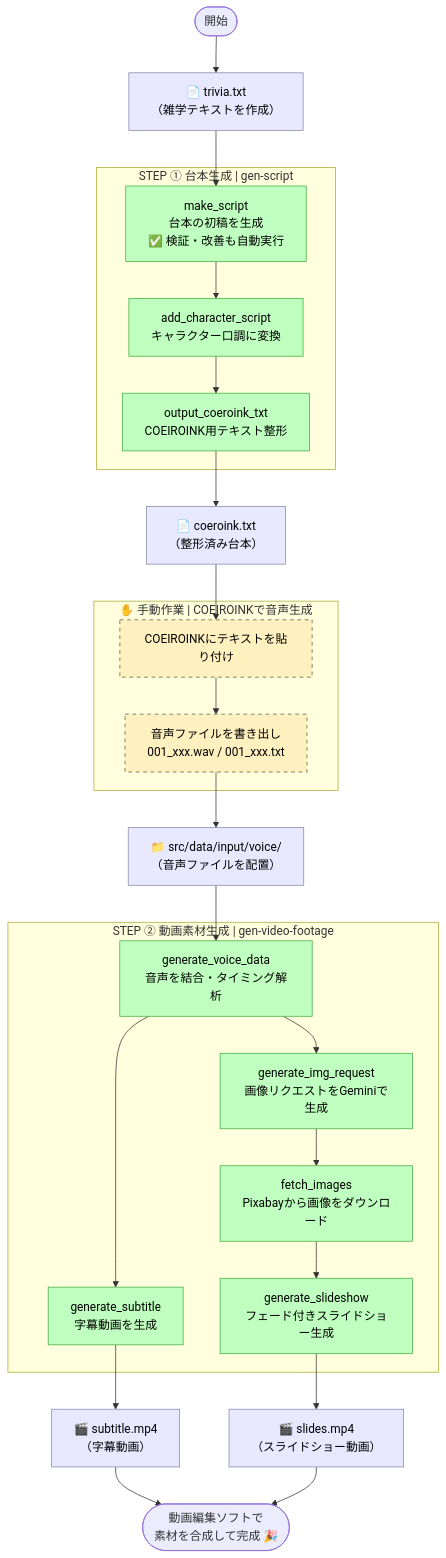
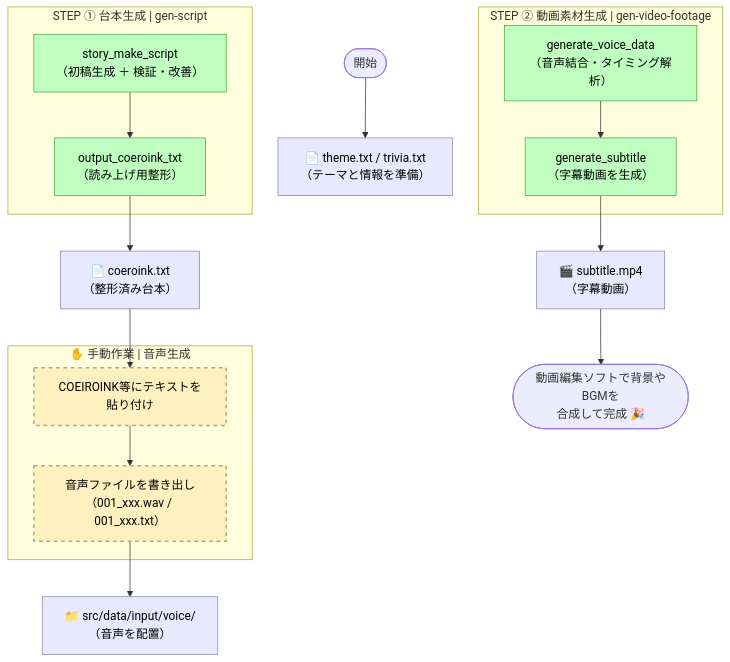
Before and after one commit to yoshiInGit/thb-short: the diagram in README.md, drawn with Mermaid. The commit also changed other lines of this file, not shown here.

````diff
--- a/README.md
+++ b/README.md
@@ -121,56 +58,39 @@
 ```mermaid
 flowchart TD
     classDef auto fill:#bfffbf,stroke:#4a4,stroke-width:1px,color:#000
     classDef manual fill:#fff0bf,stroke:#aa8,stroke-width:2px,stroke-dasharray:5 5,color:#000
     classDef artifact fill:#e8e8ff,stroke:#88a,stroke-width:1px,color:#000
-    classDef cmd fill:#ffbfbf,stroke:#a44,stroke-width:1px,color:#000
 
-    Start([開始]) --> Input
+    Start([開始]) --> Input1
+    Input1["📄 theme.txt / trivia.txt\n（テーマと情報を準備）"]:::artifact
 
-    Input["📄 trivia.txt\n（雑学テキストを作成）"]:::artifact
-
-    Input --> S1
-
-    subgraph STEP1["STEP ① 台本生成  |  gen-script"]
-        S1["make_script\n台本の初稿を生成\n✅ 検証・改善も自動実行"]:::auto
-        S2["add_character_script\nキャラクター口調に変換"]:::auto
-        S3["output_coeroink_txt\nCOEIROINK用テキスト整形"]:::auto
-        S1 --> S2 --> S3
+    subgraph STEP1["STEP ① 台本生成 | gen-script"]
+        S1["story_make_script\n（初稿生成 ＋ 検証・改善）"]:::auto
+        S3["output_coeroink_txt\n（読み上げ用整形）"]:::auto
+        S1 --> S3
     end
 
     S3 --> CoeroinkTxt
-
     CoeroinkTxt["📄 coeroink.txt\n（整形済み台本）"]:::artifact
 
     CoeroinkTxt --> M1
-
-    subgraph MANUAL["✋ 手動作業  |  COEIROINKで音声生成"]
-        M1["COEIROINKにテキストを貼り付け"]:::manual
-        M2["音声ファイルを書き出し\n001_xxx.wav / 001_xxx.txt"]:::manual
+    subgraph MANUAL["✋ 手動作業 | 音声生成"]
+        M1["COEIROINK等にテキストを貼り付け"]:::manual
+        M2["音声ファイルを書き出し\n（001_xxx.wav / 001_xxx.txt）"]:::manual
         M1 --> M2
     end
 
     M2 --> VoiceDir
+    VoiceDir["📁 src/data/input/voice/\n（音声を配置）"]:::artifact
 
-    VoiceDir["📁 src/data/input/voice/\n（音声ファイルを配置）"]:::artifact
-
-    VoiceDir --> S4
-
-    subgraph STEP2["STEP ② 動画素材生成  |  gen-video-footage"]
-        S4["generate_voice_data\n音声を結合・タイミング解析"]:::auto
-        S5["generate_subtitle\n字幕動画を生成"]:::auto
-        S6["generate_img_request\n画像リクエストをGeminiで生成"]:::auto
-        S7["fetch_images\nPixabayから画像をダウンロード"]:::auto
-        S8["generate_slideshow\nフェード付きスライドショー生成"]:::auto
+    subgraph STEP2["STEP ② 動画素材生成 | gen-video-footage"]
+        S4["generate_voice_data\n（音声結合・タイミング解析）"]:::auto
+        S5["generate_subtitle\n（字幕動画を生成）"]:::auto
         S4 --> S5
-        S4 --> S6
-        S6 --> S7 --> S8
     end
 
     S5 --> Out1["🎬 subtitle.mp4\n（字幕動画）"]:::artifact
-    S8 --> Out2["🎬 slides.mp4\n（スライドショー動画）"]:::artifact
     Out1 --> Finish
-    Out2 --> Finish
 
-    Finish(["動画編集ソフトで\n素材を合成して完成 🎉"])
+    Finish(["動画編集ソフトで背景やBGMを\n合成して完成 🎉"])
 ```
````
